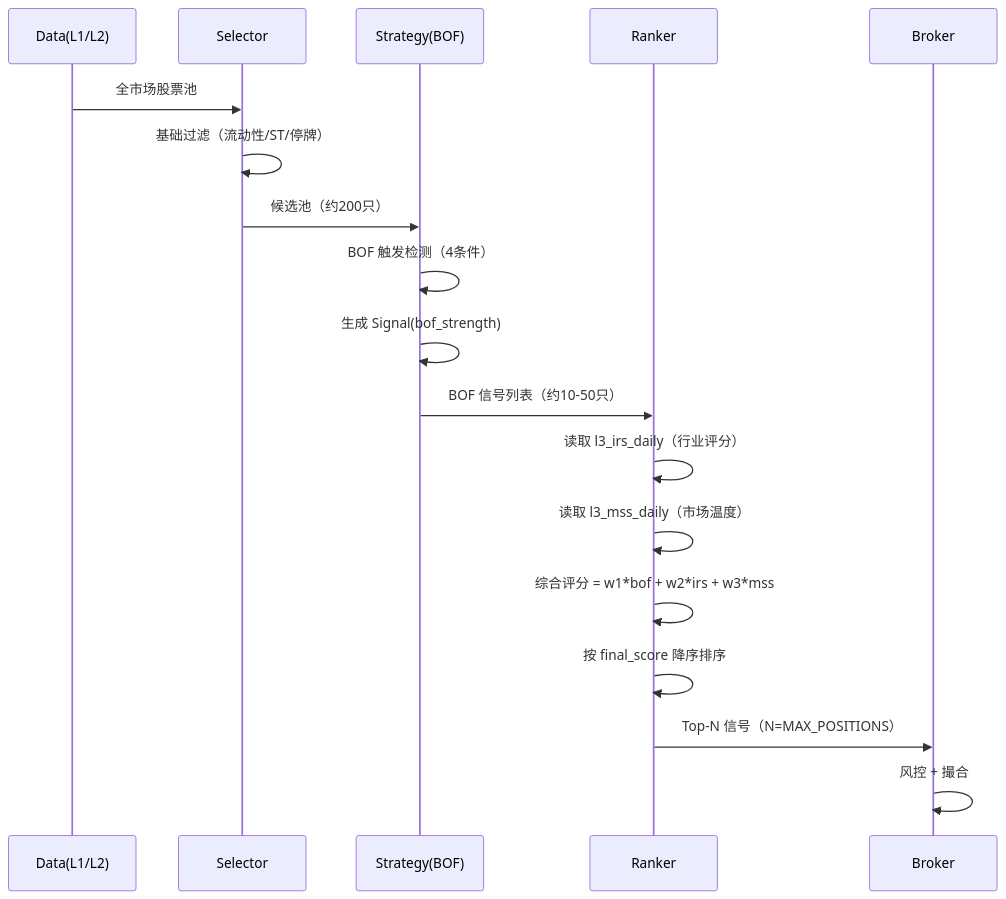
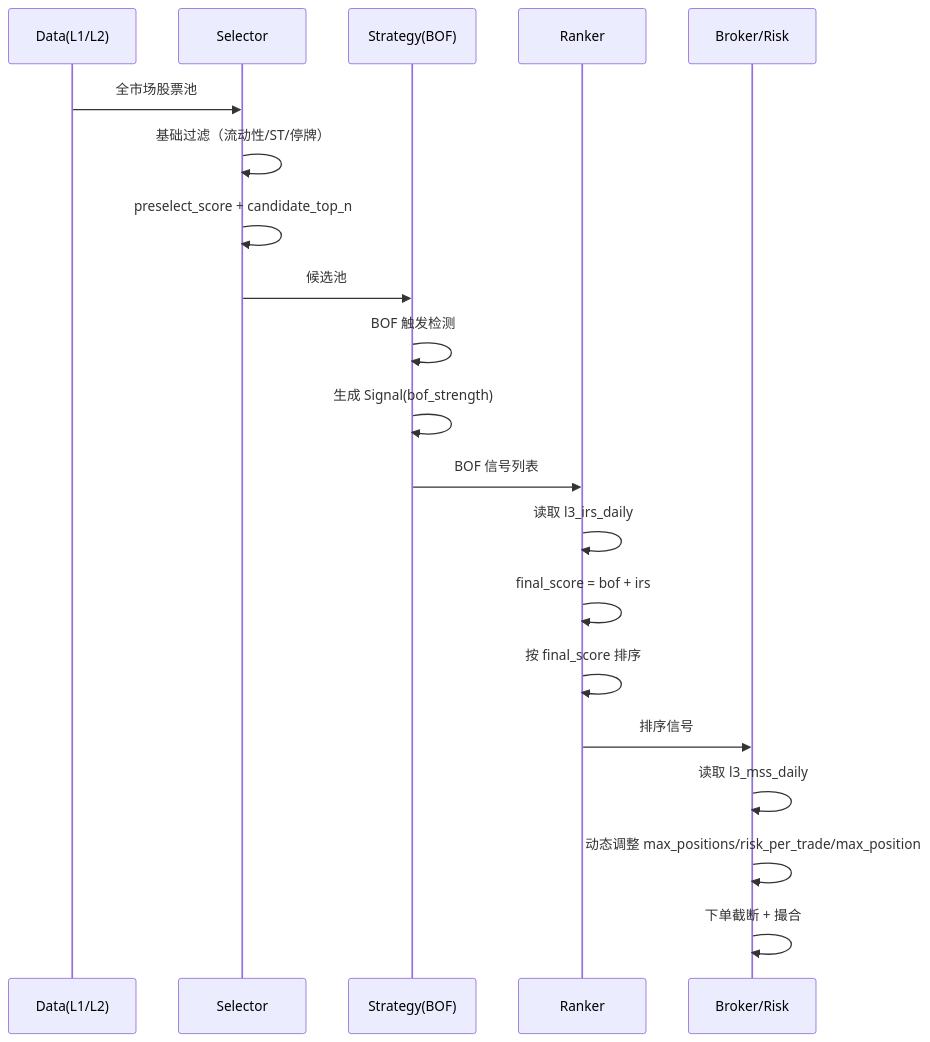
One commit to everything-is-simple/EmotionQuant-gamma changed the diagram in docs/design-v2/03-algorithms/core-algorithms/down-to-top-integration.md. Above: the diagram before and after it, drawn with Mermaid. The commit also changed other lines of this file and 20 other files, not shown here.

````diff
--- a/docs/design-v2/03-algorithms/core-algorithms/down-to-top-integration.md
+++ b/docs/design-v2/03-algorithms/core-algorithms/down-to-top-integration.md
@@ -76,24 +66,26 @@
 ```mermaid
 sequenceDiagram
     participant D as Data(L1/L2)
     participant S as Selector
     participant P as Strategy(BOF)
     participant R as Ranker
-    participant B as Broker
+    participant B as Broker/Risk
 
     D->>S: 全市场股票池
     S->>S: 基础过滤（流动性/ST/停牌）
-    S->>P: 候选池（约200只）
-    
-    P->>P: BOF 触发检测（4条件）
+    S->>S: preselect_score + candidate_top_n
+    S->>P: 候选池
+
+    P->>P: BOF 触发检测
     P->>P: 生成 Signal(bof_strength)
-    
-    P->>R: BOF 信号列表（约10-50只）
-    R->>R: 读取 l3_irs_daily（行业评分）
-    R->>R: 读取 l3_mss_daily（市场温度）
-    R->>R: 综合评分 = w1*bof + w2*irs + w3*mss
-    R->>R: 按 final_score 降序排序
-    
-    R->>B: Top-N 信号（N=MAX_POSITIONS）
-    B->>B: 风控 + 撮合
+
+    P->>R: BOF 信号列表
+    R->>R: 读取 l3_irs_daily
+    R->>R: final_score = bof + irs
+    R->>R: 按 final_score 排序
+
+    R->>B: 排序信号
+    B->>B: 读取 l3_mss_daily
+    B->>B: 动态调整 max_positions/risk_per_trade/max_position
+    B->>B: 下单截断 + 撮合
 ```
````
